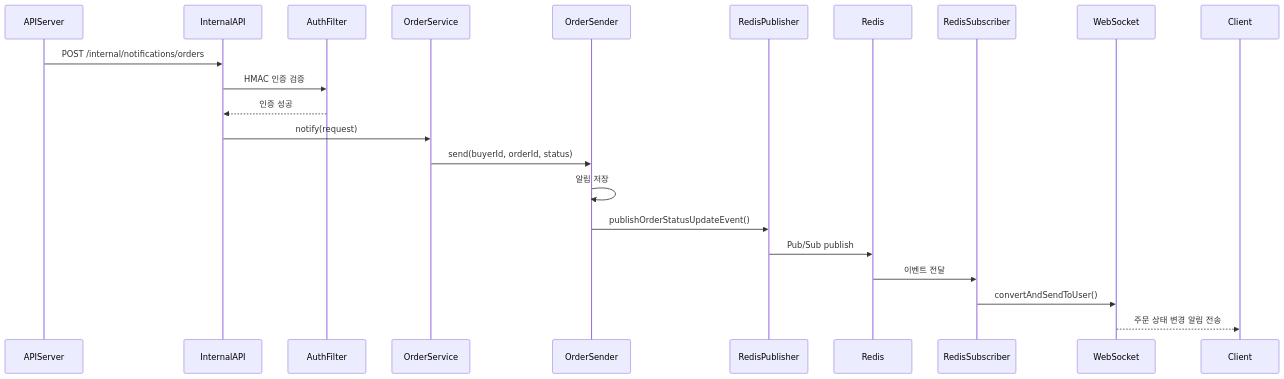
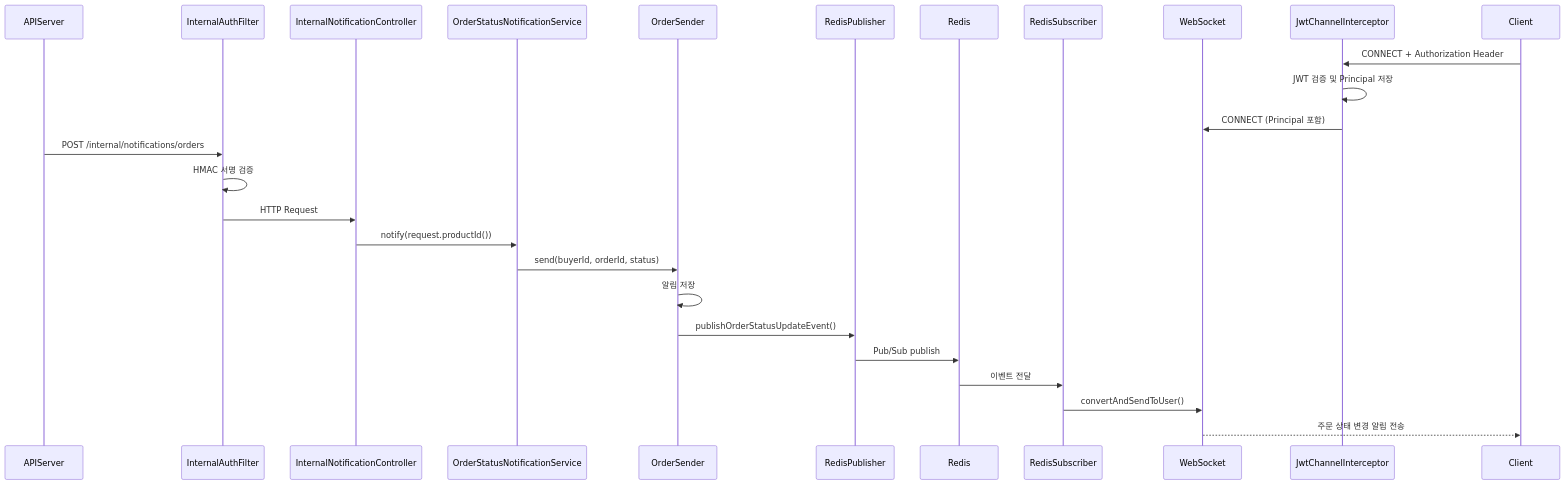
Before and after one commit to all-in-market/alarm-server: the second of 6 diagrams in README.md, drawn with Mermaid. The commit also changed other lines of this file, not shown here.

````diff
--- a/README.md
+++ b/README.md
@@ -78,36 +82,41 @@
 ```mermaid
 sequenceDiagram
-
-    participant APIServer
-    participant InternalAPI
-    participant AuthFilter
-    participant OrderService
-    participant OrderSender
-    participant RedisPublisher
-    participant Redis
-    participant RedisSubscriber
-    participant WebSocket
-    participant Client
-
-    APIServer->>InternalAPI: POST /internal/notifications/orders
-
-    InternalAPI->>AuthFilter: HMAC 인증 검증
-
-    AuthFilter-->>InternalAPI: 인증 성공
-
-    InternalAPI->>OrderService: notify(request)
-
-    OrderService->>OrderSender: send(buyerId, orderId, status)
-
-    OrderSender->>OrderSender: 알림 저장
-
-    OrderSender->>RedisPublisher: publishOrderStatusUpdateEvent()
-
-    RedisPublisher->>Redis: Pub/Sub publish
-
-    Redis->>RedisSubscriber: 이벤트 전달
-
-    RedisSubscriber->>WebSocket: convertAndSendToUser()
-
-    WebSocket-->>Client: 주문 상태 변경 알림 전송
+ 
+    participant APIServer
+    participant InternalAuthFilter
+    participant InternalNotificationController
+    participant OrderStatusNotificationService
+    participant OrderSender
+    participant RedisPublisher
+    participant Redis
+    participant RedisSubscriber
+    participant WebSocket
+    participant JwtChannelInterceptor
+    participant Client
+ 
+    Client->>JwtChannelInterceptor: CONNECT + Authorization Header
+    JwtChannelInterceptor->>JwtChannelInterceptor: JWT 검증 및 Principal 저장
+    JwtChannelInterceptor->>WebSocket: CONNECT (Principal 포함)
+ 
+    APIServer->>InternalAuthFilter: POST /internal/notifications/orders
+ 
+    InternalAuthFilter->>InternalAuthFilter: HMAC 서명 검증
+ 
+    InternalAuthFilter->>InternalNotificationController: HTTP Request
+ 
+    InternalNotificationController->>OrderStatusNotificationService: notify(request.productId())
+ 
+    OrderStatusNotificationService->>OrderSender: send(buyerId, orderId, status)
+ 
+    OrderSender->>OrderSender: 알림 저장
+ 
+    OrderSender->>RedisPublisher: publishOrderStatusUpdateEvent()
+ 
+    RedisPublisher->>Redis: Pub/Sub publish
+ 
+    Redis->>RedisSubscriber: 이벤트 전달
+ 
+    RedisSubscriber->>WebSocket: convertAndSendToUser()
+ 
+    WebSocket-->>Client: 주문 상태 변경 알림 전송
 ```
````
